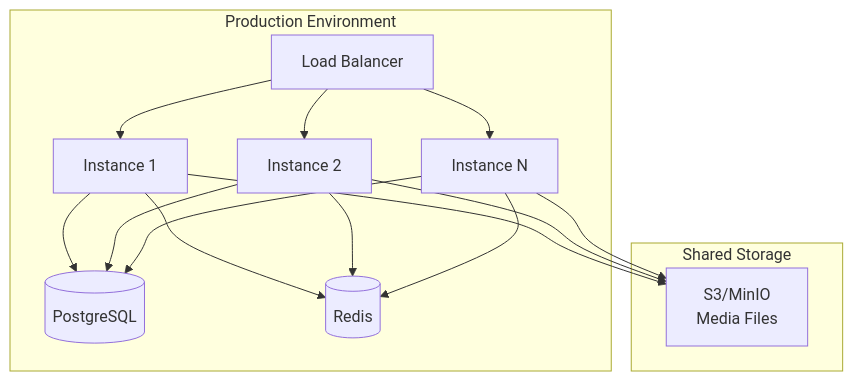
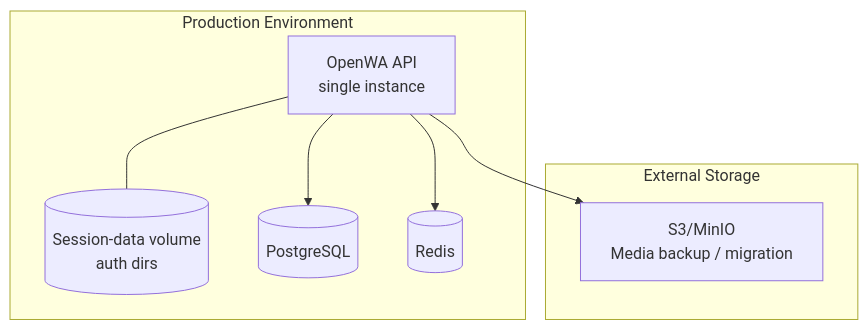
One commit to Carnaval-Team/VentIQ-seller-App changed diagram 15 of 24 in ventiq_admin_app/docs_wapi/03-system-architecture.md. Above: the diagram before and after it, drawn with Mermaid. The commit also changed other lines of this file and 39 other files, not shown here.

````diff
--- a/ventiq_admin_app/docs_wapi/03-system-architecture.md
+++ b/ventiq_admin_app/docs_wapi/03-system-architecture.md
@@ -689,24 +650,17 @@
 ```mermaid
 flowchart TB
     subgraph Production["Production Environment"]
-        LB[Load Balancer] --> I1[Instance 1]
-        LB --> I2[Instance 2]
-        LB --> I3[Instance N]
-        
-        I1 --> DB[(PostgreSQL)]
-        I2 --> DB
-        I3 --> DB
-        
-        I1 --> REDIS[(Redis)]
-        I2 --> REDIS
-        I3 --> REDIS
+        API[OpenWA API<br/>single instance]
+        VOL[(Session-data volume<br/>auth dirs)]
+
+        API --- VOL
+        API --> DB[(PostgreSQL)]
+        API --> REDIS[(Redis)]
     end
-    
-    subgraph Storage["Shared Storage"]
-        S3[S3/MinIO<br/>Media Files]
+
+    subgraph Storage["External Storage"]
+        S3[S3/MinIO<br/>Media backup / migration]
     end
-    
-    I1 --> S3
-    I2 --> S3
-    I3 --> S3
+
+    API --> S3
 ```
````
